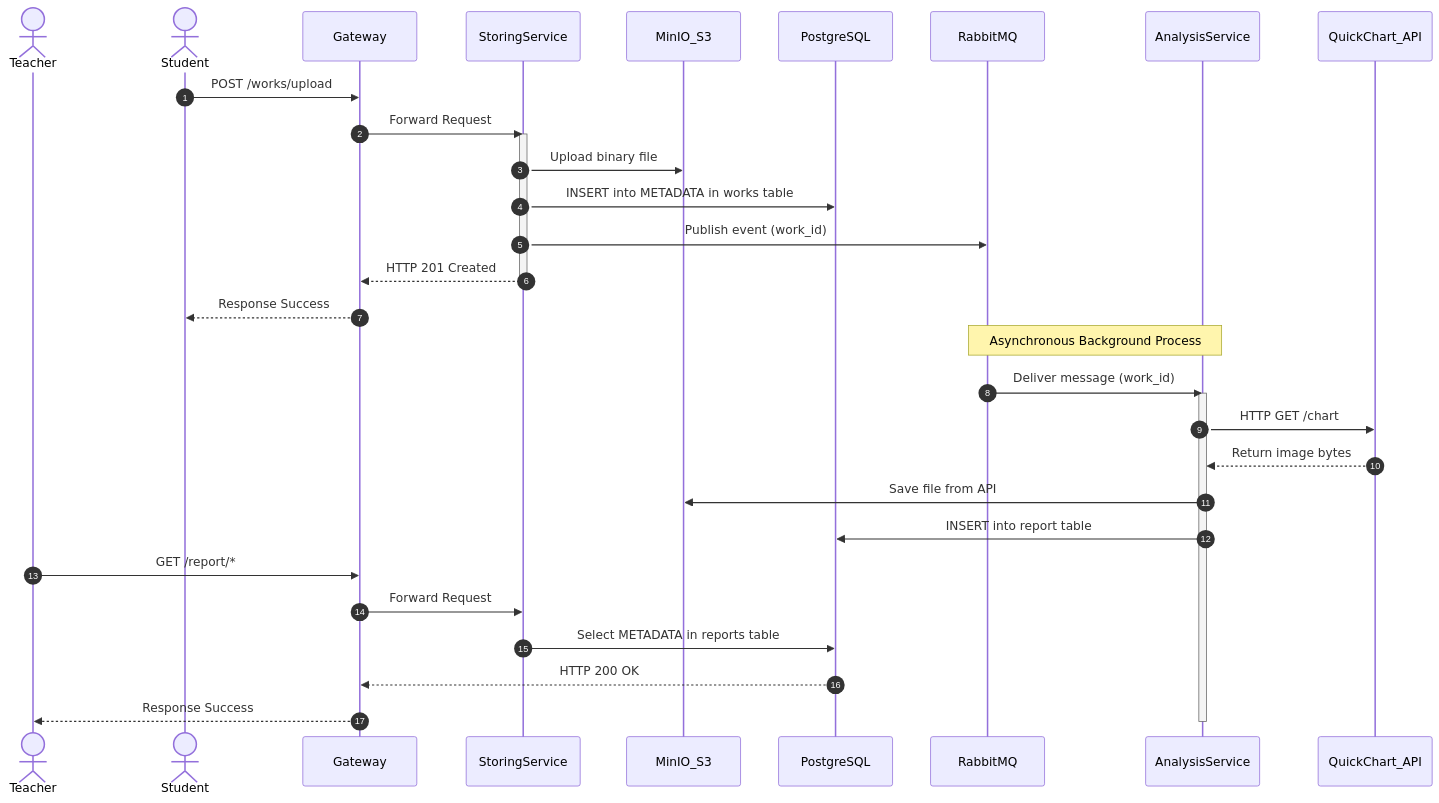
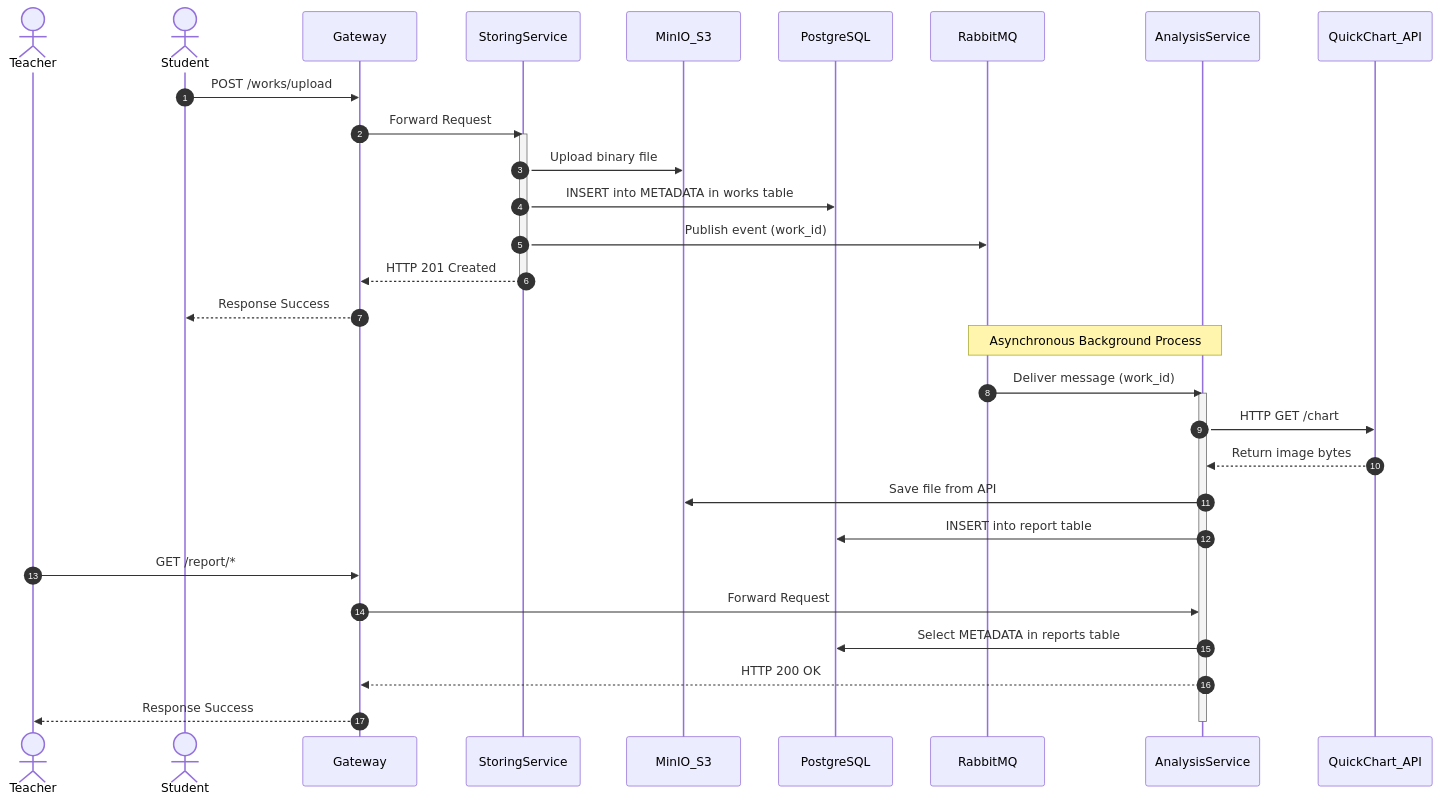
One commit to DmitryTamlin7/Inter-Service-Integration changed the diagram in README.md. Above: the diagram before and after it, drawn with Mermaid.

````diff
--- a/README.md
+++ b/README.md
@@ -105,37 +105,37 @@
 ```mermaid
 sequenceDiagram
     autonumber
    actor Teaсher as Teacher
     actor Student as Student
     participant GW as Gateway
     participant SS as StoringService
     participant MinIO as MinIO_S3
     participant DB as PostgreSQL
     participant RMQ as RabbitMQ
     participant AS as AnalysisService
     participant QC as QuickChart_API
       
     Student->>GW: POST /works/upload
     GW->>SS: Forward Request
     activate SS
     SS->>MinIO: Upload binary file
     SS->>DB: INSERT into METADATA in works table
     SS->>RMQ: Publish event (work_id)
     SS-->>GW: HTTP 201 Created
     deactivate SS
     GW-->>Student: Response Success
       
     Note over RMQ, AS: Asynchronous Background Process
     RMQ->>AS: Deliver message (work_id)
     activate AS
     AS->>QC: HTTP GET /chart
     QC-->>AS: Return image bytes
    AS->>MinIO: Save file from API
     AS->>DB: INSERT into report table
    Teaсher->>GW: GET /report/*
-   GW->>SS: Forward Request
-   SS->>DB: Select METADATA in reports table
-   DB-->>GW: HTTP 200 OK
+   GW->>AS: Forward Request
+   AS->>DB: Select METADATA in reports table
+   AS-->>GW: HTTP 200 OK
    GW-->>Teaсher: Response Success
     deactivate AS
 ```
````
